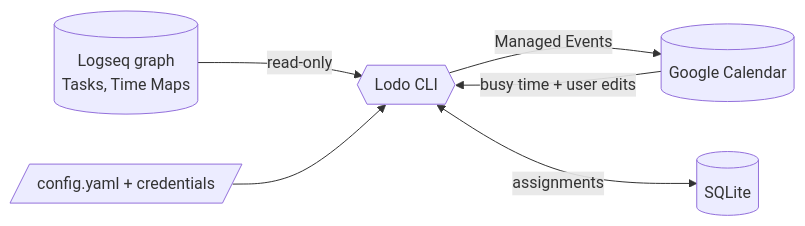
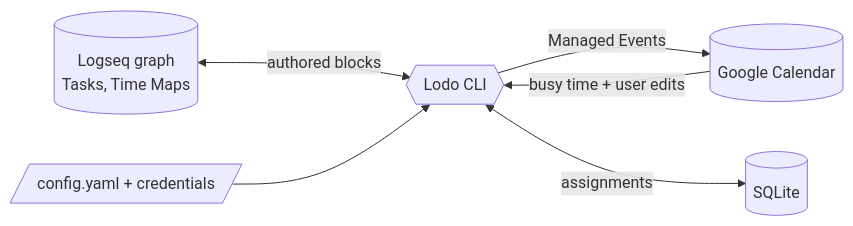
The diagram in README.md (aries1980/lodo), drawn with Mermaid before and after one commit. The commit also changed other lines of this file and 41 other files, not shown here.

````diff
--- a/README.md
+++ b/README.md
@@ -16,13 +17,13 @@
 ```mermaid
 flowchart LR
     LS[("Logseq graph<br/>Tasks, Time Maps")]
     CFG[/"config.yaml + credentials"/]
     CAL[("Google Calendar")]
     LODO{{"Lodo CLI"}}
     DB[("SQLite")]
-    LS -->|read-only| LODO
+    LS <-->|authored blocks| LODO
     CFG --> LODO
     CAL -->|busy time + user edits| LODO
     LODO -->|Managed Events| CAL
     LODO <-->|assignments| DB
 ```
````
